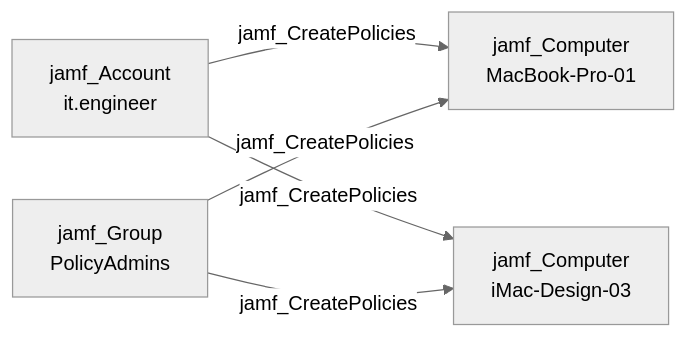
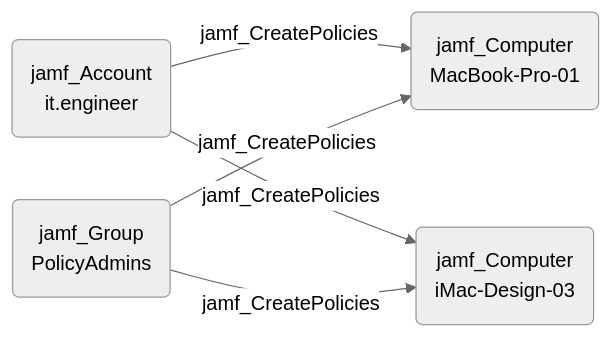
Before and after one commit to SpecterOps/bloodhound-docs: the diagram in docs/opengraph/extensions/jamfhound/reference/edges/jamf_createpolicies.mdx, drawn with Mermaid (neutral theme). The commit also changed 33 other files, not shown here.

Commit message:
Updated documentation with revised mermaid diagrams

````diff
--- a/docs/opengraph/extensions/jamfhound/reference/edges/jamf_createpolicies.mdx
+++ b/docs/opengraph/extensions/jamfhound/reference/edges/jamf_createpolicies.mdx
@@ -18,7 +18,15 @@
 ```mermaid
 graph LR
-    A["jamf_Account\nit.engineer"] -->|jamf_CreatePolicies| B["jamf_Computer\nMacBook-Pro-01"]
-    A -->|jamf_CreatePolicies| C["jamf_Computer\niMac-Design-03"]
-    D["jamf_Group\nPolicyAdmins"] -->|jamf_CreatePolicies| B
-    D -->|jamf_CreatePolicies| C
+    A("jamf_Account
+it.engineer")
+    B("jamf_Computer
+MacBook-Pro-01")
+    C("jamf_Computer
+iMac-Design-03")
+    D("jamf_Group
+PolicyAdmins")
+    A -- jamf_CreatePolicies --> B
+    A -- jamf_CreatePolicies --> C
+    D -- jamf_CreatePolicies --> B
+    D -- jamf_CreatePolicies --> C
 ```
````
